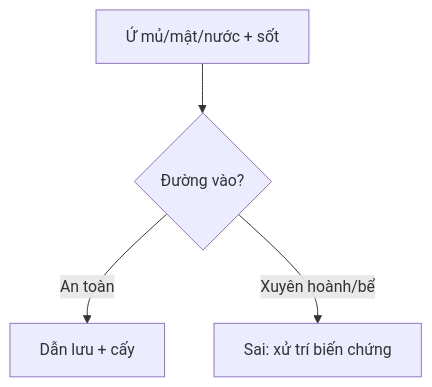
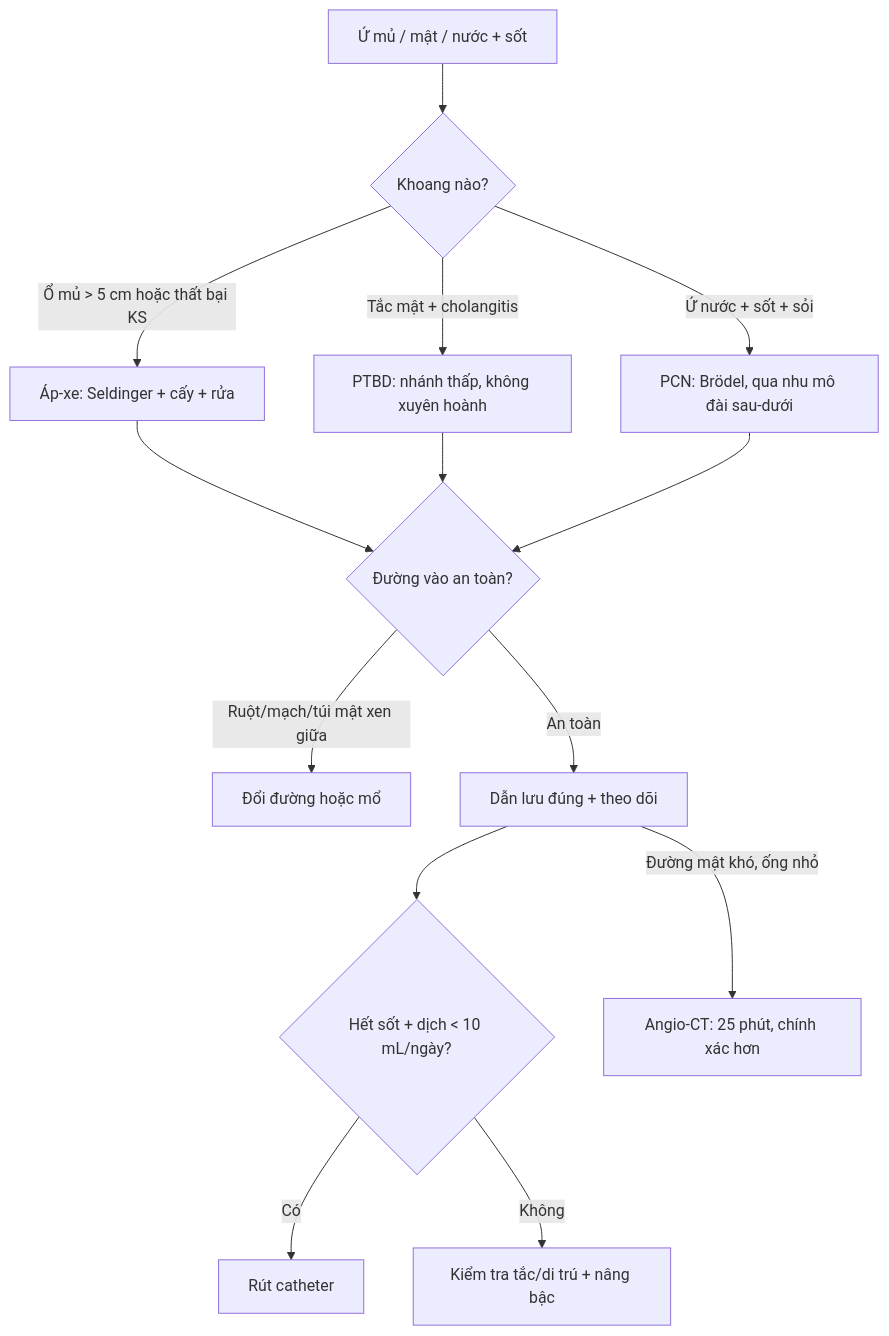
The diagram in 910-abscess-biliary-nephrostomy/lesson.md (drthe92/rad), drawn with Mermaid before and after one commit. The commit also changed other lines of this file and 15 other files, not shown here.

Commit message:
910 backfill: dẫn lưu áp-xe/PTBD/PCN — 8 ảnh + 2 composite + quiz ảnh hóa

````diff
--- a/910-abscess-biliary-nephrostomy/lesson.md
+++ b/910-abscess-biliary-nephrostomy/lesson.md
@@ -41,6 +70,16 @@
 ```mermaid
 flowchart TD
-  A[Ứ mủ/mật/nước + sốt] --> B{Đường vào?}
-  B -->|An toàn| C[Dẫn lưu + cấy]
-  B -->|Xuyên hoành/bể| D[Sai: xử trí biến chứng]
+  A[Ứ mủ / mật / nước + sốt] --> B{Khoang nào?}
+  B -->|Ổ mủ > 5 cm hoặc thất bại KS| C[Áp-xe: Seldinger + cấy + rửa]
+  B -->|Tắc mật + cholangitis| D[PTBD: nhánh thấp, không xuyên hoành]
+  B -->|Ứ nước + sốt + sỏi| E[PCN: Brödel, qua nhu mô đài sau-dưới]
+  C --> F{Đường vào an toàn?}
+  D --> F
+  E --> F
+  F -->|Ruột/mạch/túi mật xen giữa| G[Đổi đường hoặc mổ]
+  F -->|An toàn| H[Dẫn lưu đúng + theo dõi]
+  H --> I{Hết sốt + dịch < 10 mL/ngày?}
+  I -->|Có| J[Rút catheter]
+  I -->|Không| K[Kiểm tra tắc/di trú + nâng bậc]
+  H -->|Đường mật khó, ống nhỏ| L[Angio-CT: 25 phút, chính xác hơn]
 ```
````
